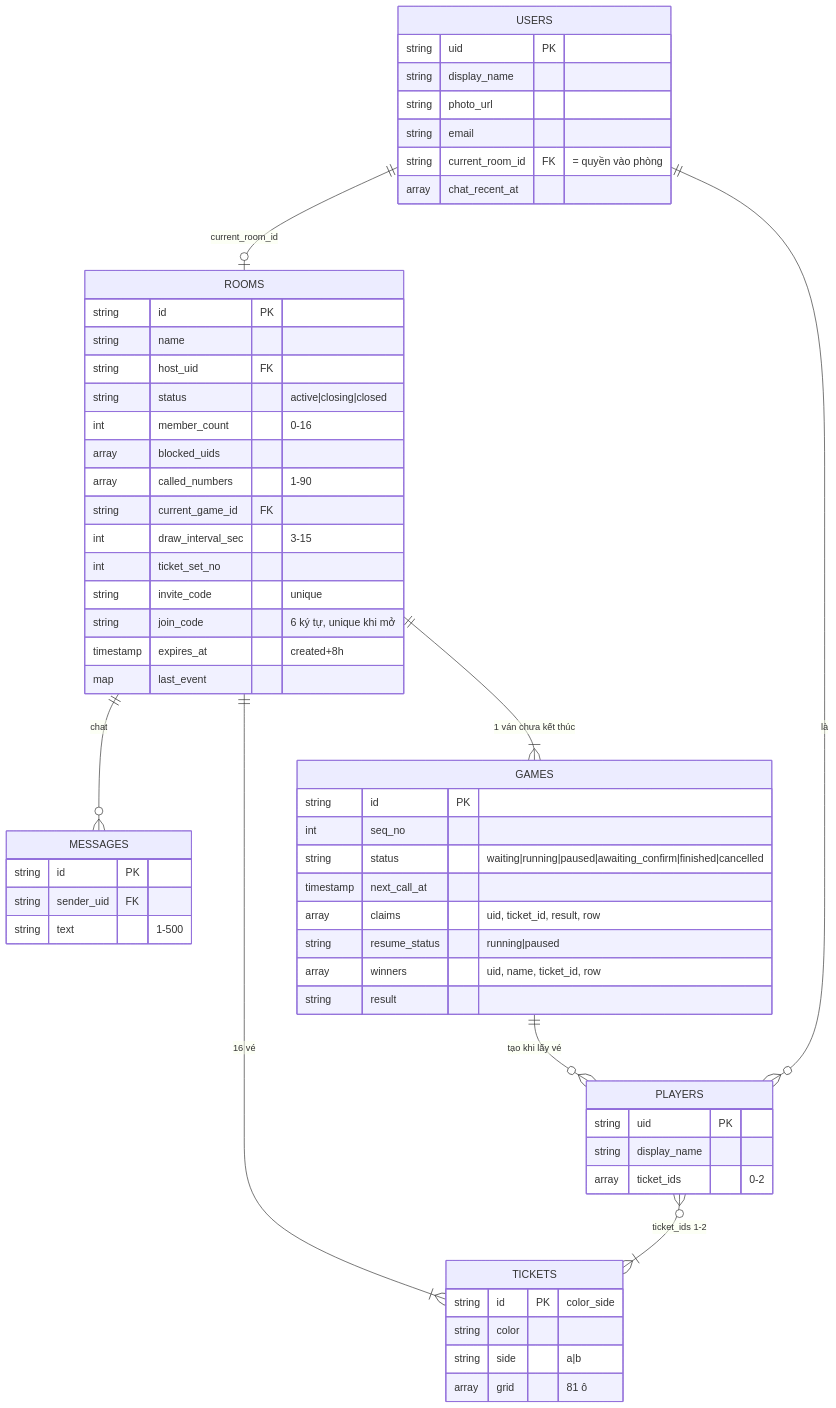
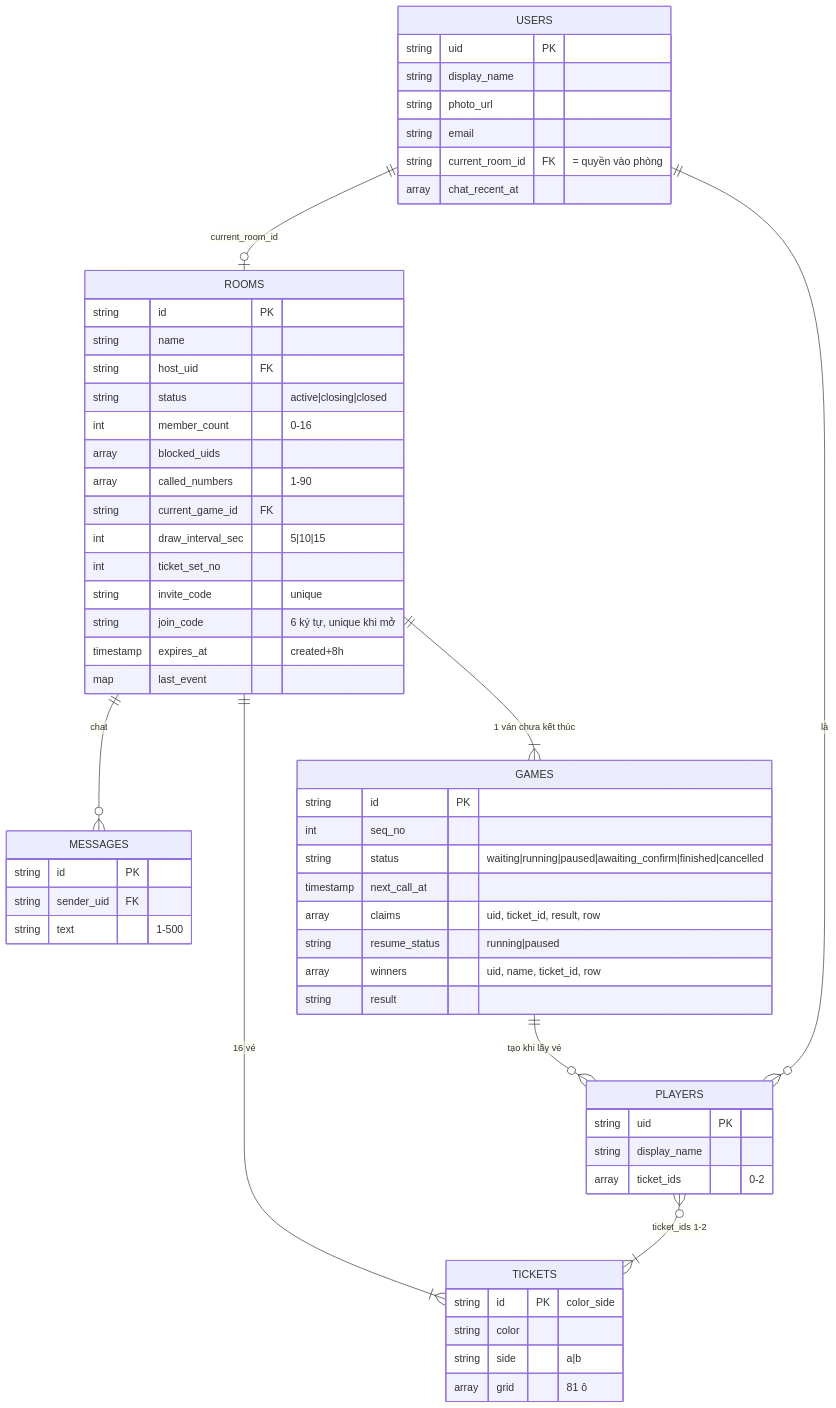
The diagram in specs/database-design.md (Thachdong/loto), drawn with Mermaid before and after one commit. The commit also changed 9 other files, not shown here.

Commit message:
docs(specs): drop profile row and limit draw interval to 5/10/15 seconds

````diff
--- a/specs/database-design.md
+++ b/specs/database-design.md
@@ -41,61 +41,61 @@
 ```mermaid
 erDiagram
   USERS ||--o| ROOMS : "current_room_id"
   ROOMS ||--|{ TICKETS : "16 vé"
   ROOMS ||--o{ MESSAGES : "chat"
   ROOMS ||--|{ GAMES : "1 ván chưa kết thúc"
   GAMES ||--o{ PLAYERS : "tạo khi lấy vé"
   PLAYERS }o--|{ TICKETS : "ticket_ids 1-2"
   USERS ||--o{ PLAYERS : "là"
 
   USERS {
     string uid PK
     string display_name
     string photo_url
     string email
     string current_room_id FK "= quyền vào phòng"
     array chat_recent_at
   }
   ROOMS {
     string id PK
     string name
     string host_uid FK
     string status "active|closing|closed"
     int member_count "0-16"
     array blocked_uids
     array called_numbers "1-90"
     string current_game_id FK
-    int draw_interval_sec "3-15"
+    int draw_interval_sec "5|10|15"
     int ticket_set_no
     string invite_code "unique"
     string join_code "6 ký tự, unique khi mở"
     timestamp expires_at "created+8h"
     map last_event
   }
   TICKETS {
     string id PK "color_side"
     string color
     string side "a|b"
     array grid "81 ô"
   }
   MESSAGES {
     string id PK
     string sender_uid FK
     string text "1-500"
   }
   GAMES {
     string id PK
     int seq_no
     string status "waiting|running|paused|awaiting_confirm|finished|cancelled"
     timestamp next_call_at
     array claims "uid, ticket_id, result, row"
     string resume_status "running|paused"
     array winners "uid, name, ticket_id, row"
     string result
   }
   PLAYERS {
     string uid PK
     string display_name
     array ticket_ids "0-2"
   }
 ```
````
